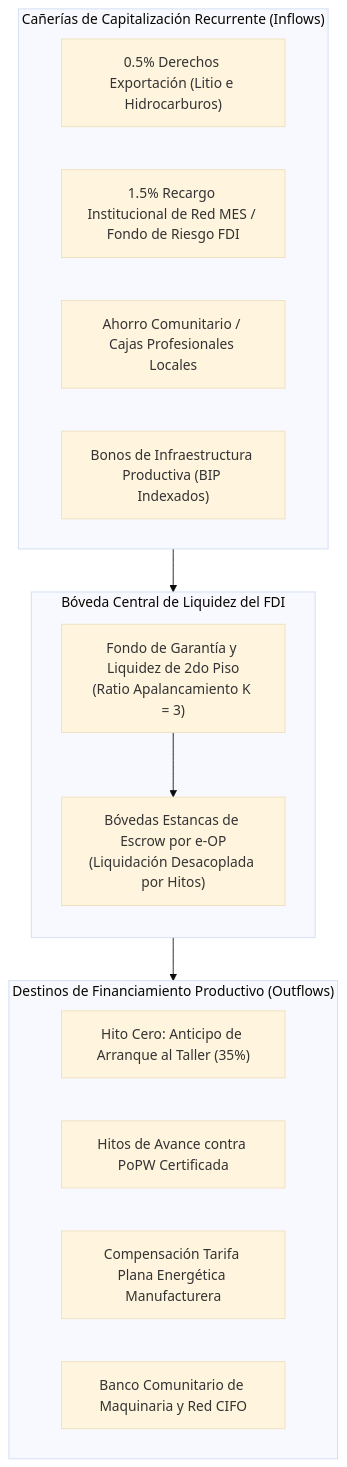
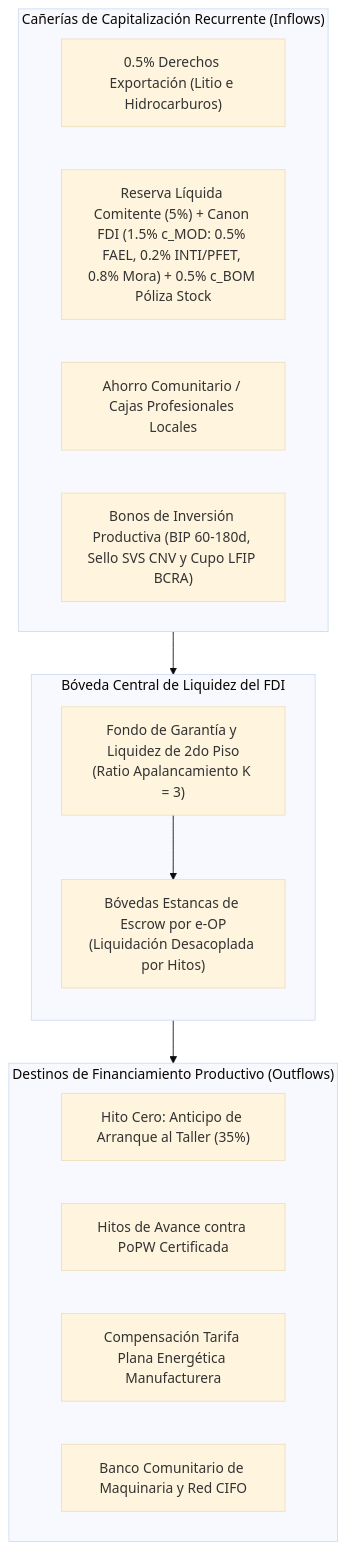
The fourth of 6 diagrams in docs/md/paper_protocolo_eop_gobernanza_industrial.md (sarthouse/indinopy), drawn with Mermaid (base theme) before and after one commit. The commit also changed other lines of this file and 24 other files, not shown here.

````diff
--- a/docs/md/paper_protocolo_eop_gobernanza_industrial.md
+++ b/docs/md/paper_protocolo_eop_gobernanza_industrial.md
@@ -309,27 +309,27 @@
 ```mermaid
 flowchart TD
     subgraph INFLOWS["Cañerías de Capitalización Recurrente (Inflows)"]
         F1["0.5% Derechos Exportación (Litio e Hidrocarburos)"]
-        F2["1.5% Recargo Institucional de Red MES / Fondo de Riesgo FDI"]
+        F2["Reserva Líquida Comitente (5%) + Canon FDI (1.5% c_MOD: 0.5% FAEL, 0.2% INTI/PFET, 0.8% Mora) + 0.5% c_BOM Póliza Stock"]
         F3["Ahorro Comunitario / Cajas Profesionales Locales"]
-        F4["Bonos de Infraestructura Productiva (BIP Indexados)"]
+        F4["Bonos de Inversión Productiva (BIP 60-180d, Sello SVS CNV y Cupo LFIP BCRA)"]
     end
 
 
     subgraph FDI_VAULT["Bóveda Central de Liquidez del FDI"]
         direction TB
         POOL["Fondo de Garantía y Liquidez de 2do Piso\n(Ratio Apalancamiento K = 3)"]
         ESCROW["Bóvedas Estancas de Escrow por e-OP\n(Liquidación Desacoplada por Hitos)"]
     end
 
     subgraph OUTFLOWS["Destinos de Financiamiento Productivo (Outflows)"]
         P1["Hito Cero: Anticipo de Arranque al Taller (35%)"]
         P2["Hitos de Avance contra PoPW Certificada"]
         P3["Compensación Tarifa Plana Energética Manufacturera"]
         P4["Banco Comunitario de Maquinaria y Red CIFO"]
     end
 
     INFLOWS --> POOL
     POOL --> ESCROW
     ESCROW --> OUTFLOWS
 ```
````
